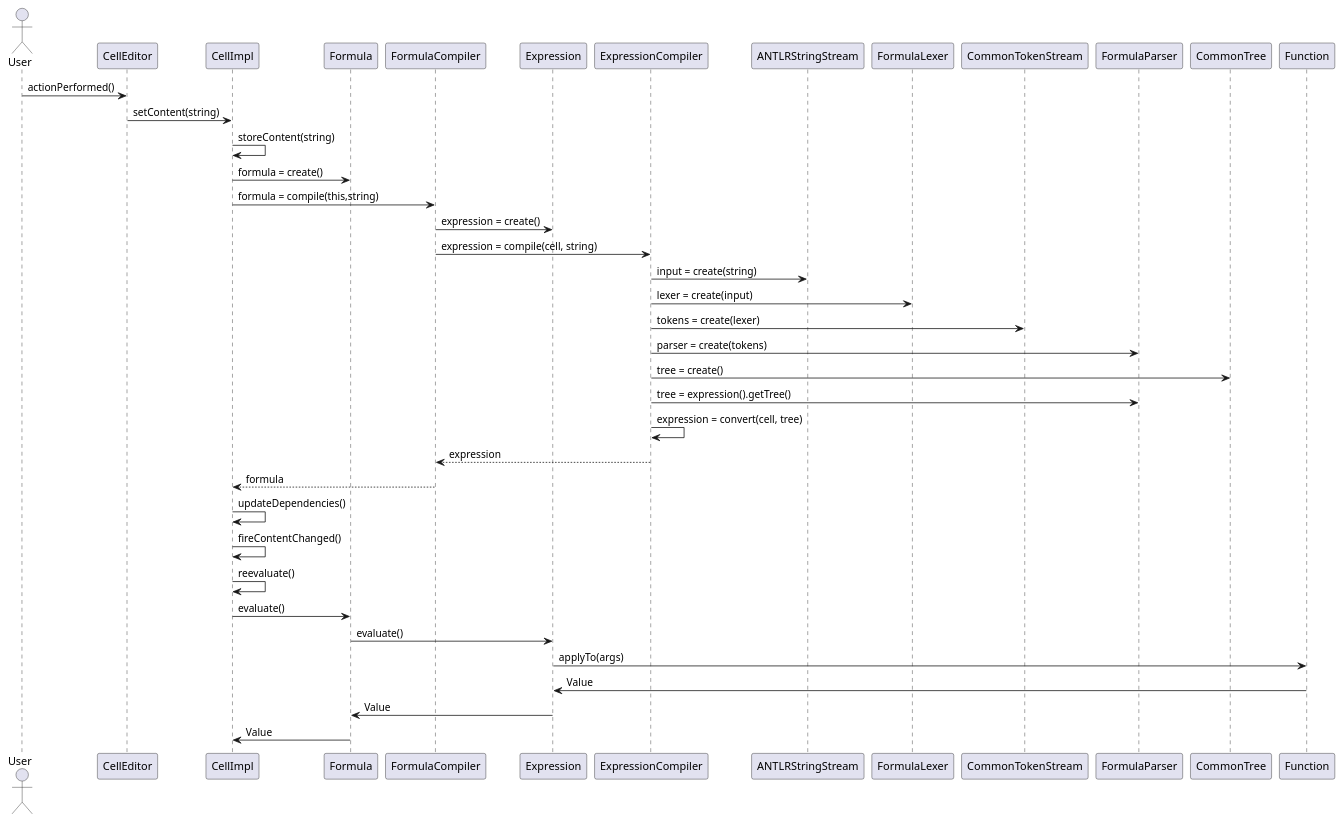
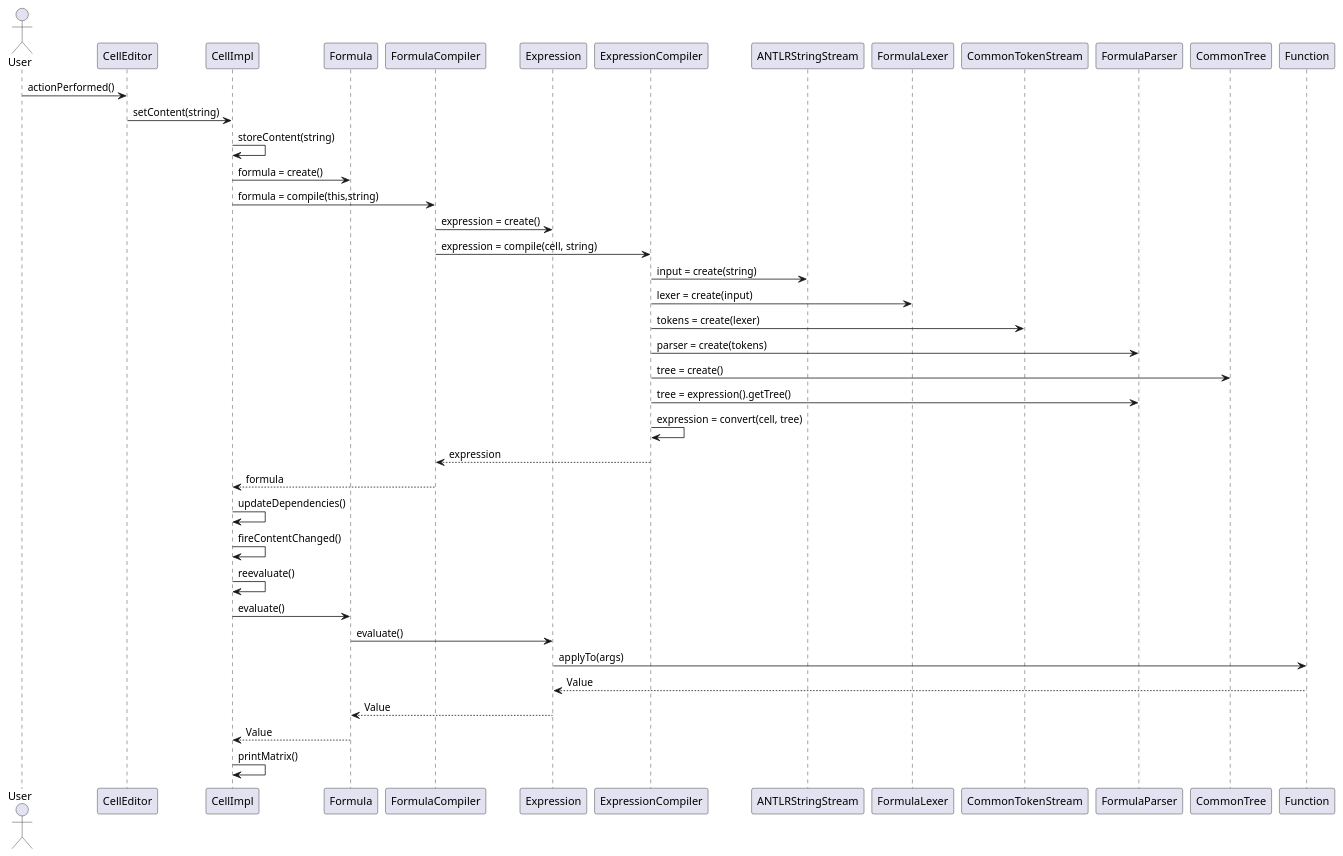
Before and after one commit to 1130348/Confusao: the diagram in src/csheets/userstories/macros03_02/advanced_functions/i130419/sequence_diagram.puml, drawn with PlantUML. The commit also changed 1 other file, not shown here.

```diff
--- a/src/csheets/userstories/macros03_02/advanced_functions/i130419/sequence_diagram.puml
+++ b/src/csheets/userstories/macros03_02/advanced_functions/i130419/sequence_diagram.puml
@@ -1,41 +1,42 @@
 @startuml doc-files/sequence_diagram.png
  actor User
  participant "CellEditor" as UI
  participant "CellImpl" as cell
  participant "Formula" as formula
  participant "FormulaCompiler" as formulaCompiler
  participant "Expression" as expression
  participant "ExpressionCompiler" as expressionCompiler
  participant "ANTLRStringStream" as antlr
  participant "FormulaLexer" as formulaLexer
  participant "CommonTokenStream" as tokStream
  participant "FormulaParser" as formulaParser
  participant "CommonTree" as tree
  participant "Function" as func
 
 User -> UI : actionPerformed()
 UI -> cell : setContent(string)
 cell -> cell : storeContent(string)
 cell -> formula : formula = create()
 cell -> formulaCompiler : formula = compile(this,string)
 formulaCompiler -> expression : expression = create()
 formulaCompiler -> expressionCompiler : expression = compile(cell, string)
 expressionCompiler -> antlr : input = create(string)
 expressionCompiler -> formulaLexer : lexer = create(input)
 expressionCompiler -> tokStream : tokens = create(lexer)
 expressionCompiler -> formulaParser : parser = create(tokens)
 expressionCompiler -> tree : tree = create()
 expressionCompiler -> formulaParser : tree = expression().getTree()
 expressionCompiler -> expressionCompiler : expression = convert(cell, tree)
 formulaCompiler <-- expressionCompiler : expression
 formulaCompiler --> cell : formula
 cell -> cell : updateDependencies()
 cell -> cell : fireContentChanged()
 cell -> cell : reevaluate()
 cell -> formula : evaluate()
 formula -> expression : evaluate()
 expression -> func : applyTo(args)
-func -> expression : Value
-expression -> formula : Value
-formula -> cell : Value
+func --> expression : Value
+expression --> formula : Value
+formula --> cell : Value
+cell -> cell : printMatrix()
 @enduml
```
